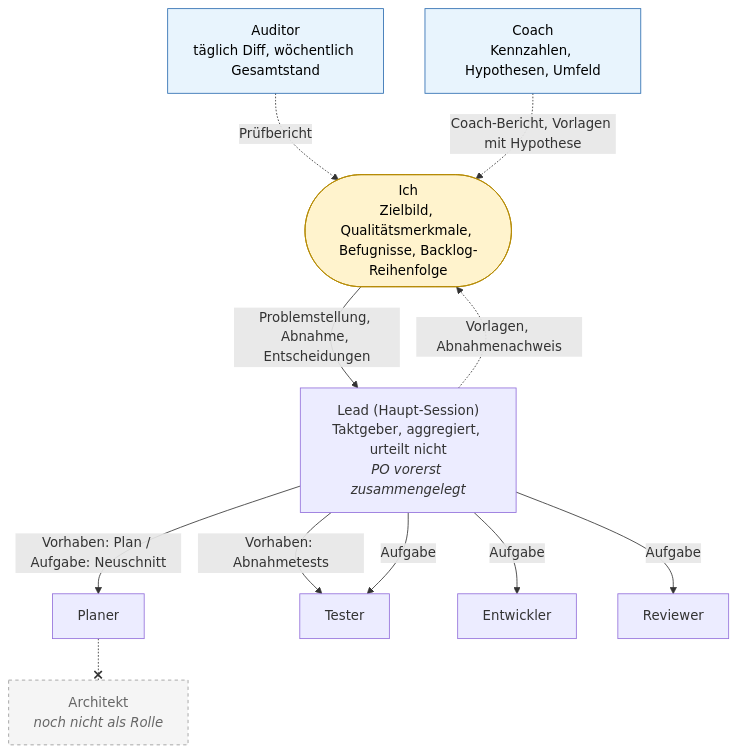
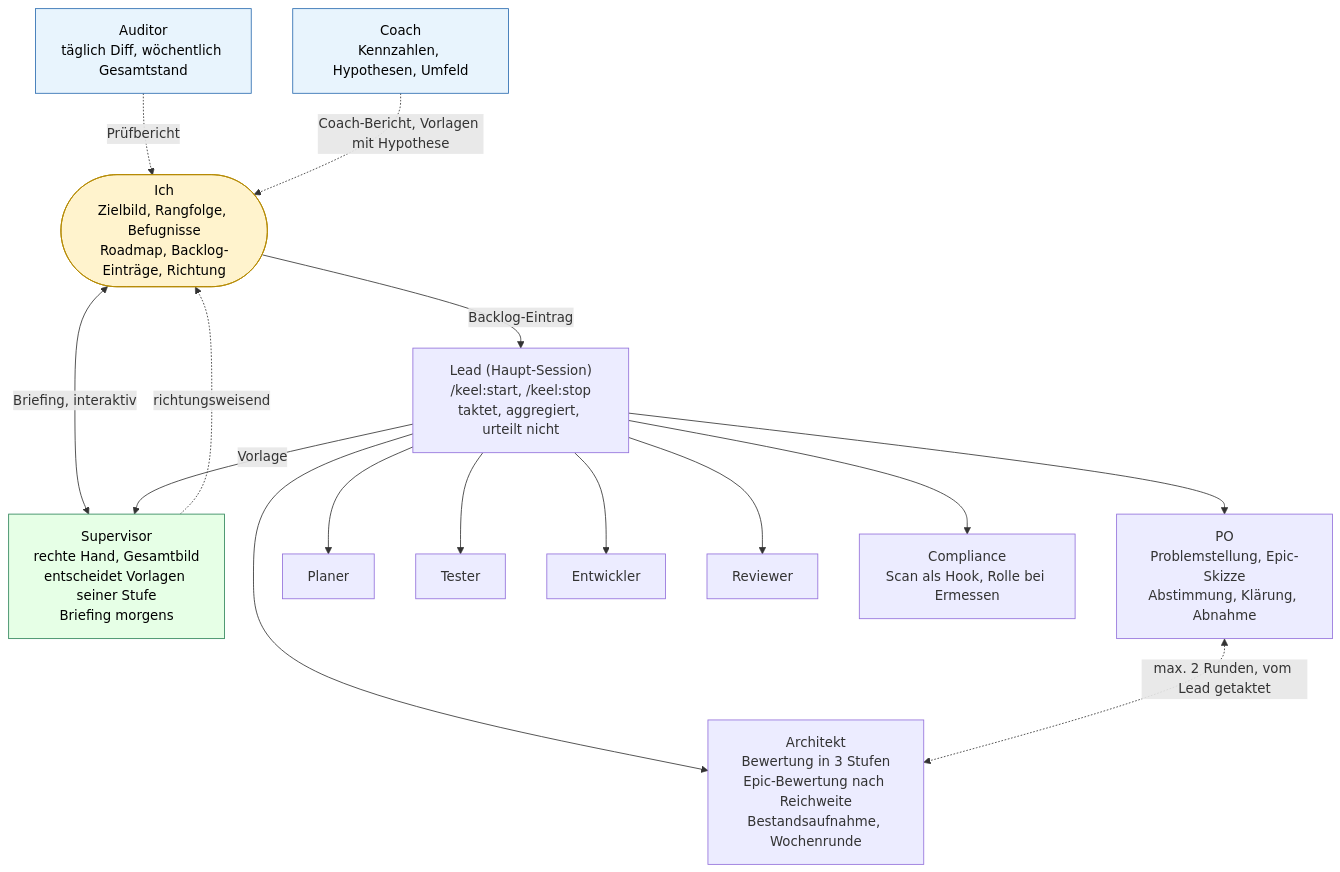
The first of 7 diagrams in docs/system.md (xXExceptionXx/keel), drawn with Mermaid before and after one commit. The commit also changed other lines of this file and 10 other files, not shown here.

First line of the commit message:
Review pass: docs and diagrams for 0.9, dead ends closed

````diff
--- a/docs/system.md
+++ b/docs/system.md
@@ -9,30 +9,37 @@
 ```mermaid
 flowchart TD
-    ICH(["Ich<br/>Zielbild, Qualitätsmerkmale, Befugnisse, Backlog-Reihenfolge"])
+    ICH(["Ich<br/>Zielbild, Rangfolge, Befugnisse<br/>Roadmap, Backlog-Einträge, Richtung"])
+    SUP["Supervisor<br/>rechte Hand, Gesamtbild<br/>entscheidet Vorlagen seiner Stufe<br/>Briefing morgens"]
     AUD["Auditor<br/>täglich Diff, wöchentlich Gesamtstand"]
     COACH["Coach<br/>Kennzahlen, Hypothesen, Umfeld"]
-    LEAD["Lead (Haupt-Session)<br/>Taktgeber, aggregiert, urteilt nicht<br/><i>PO vorerst zusammengelegt</i>"]
+    LEAD["Lead (Haupt-Session)<br/>/keel:start, /keel:stop<br/>taktet, aggregiert, urteilt nicht"]
+    PO["PO<br/>Problemstellung, Epic-Skizze<br/>Abstimmung, Klärung, Abnahme"]
+    ARC["Architekt<br/>Bewertung in 3 Stufen<br/>Epic-Bewertung nach Reichweite<br/>Bestandsaufnahme, Wochenrunde"]
     PLAN["Planer"]
     TEST["Tester"]
     DEV["Entwickler"]
     REV["Reviewer"]
-    ARC["Architekt<br/><i>noch nicht als Rolle</i>"]
+    COMP["Compliance<br/>Scan als Hook, Rolle bei Ermessen"]
 
-    ICH -->|Problemstellung, Abnahme, Entscheidungen| LEAD
-    LEAD -->|Vorhaben: Abnahmetests| TEST
-    LEAD -->|Vorhaben: Plan / Aufgabe: Neuschnitt| PLAN
-    LEAD -->|Aufgabe| TEST
-    LEAD -->|Aufgabe| DEV
-    LEAD -->|Aufgabe| REV
-    LEAD -.->|Vorlagen, Abnahmenachweis| ICH
+    ICH <-->|Briefing, interaktiv| SUP
+    ICH -->|Backlog-Eintrag| LEAD
+    LEAD -->|Vorlage| SUP
+    SUP -.->|richtungsweisend| ICH
+    LEAD --> PO
+    LEAD --> ARC
+    PO <-.->|max. 2 Runden, vom Lead getaktet| ARC
+    LEAD --> PLAN
+    LEAD --> TEST
+    LEAD --> DEV
+    LEAD --> REV
+    LEAD --> COMP
     AUD -.->|Prüfbericht| ICH
     COACH -.->|Coach-Bericht, Vorlagen mit Hypothese| ICH
-    PLAN -.-x ARC
 
     classDef human fill:#fff3cd,stroke:#b58900,color:#000
     classDef outside fill:#e8f4fd,stroke:#2b6cb0,color:#000
-    classDef future fill:#f5f5f5,stroke:#999,color:#666,stroke-dasharray: 4 4
+    classDef sup fill:#e6ffe6,stroke:#2f855a,color:#000
     class ICH human
     class AUD,COACH outside
-    class ARC future
+    class SUP sup
 ```
````
